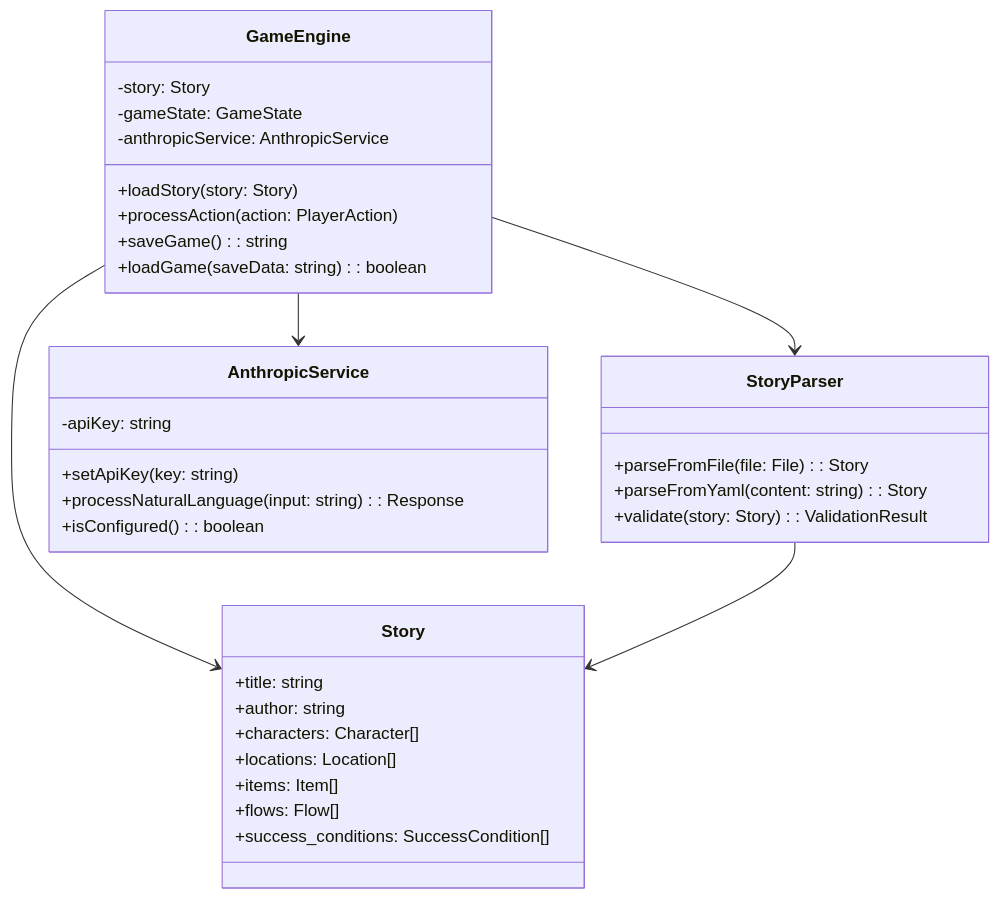
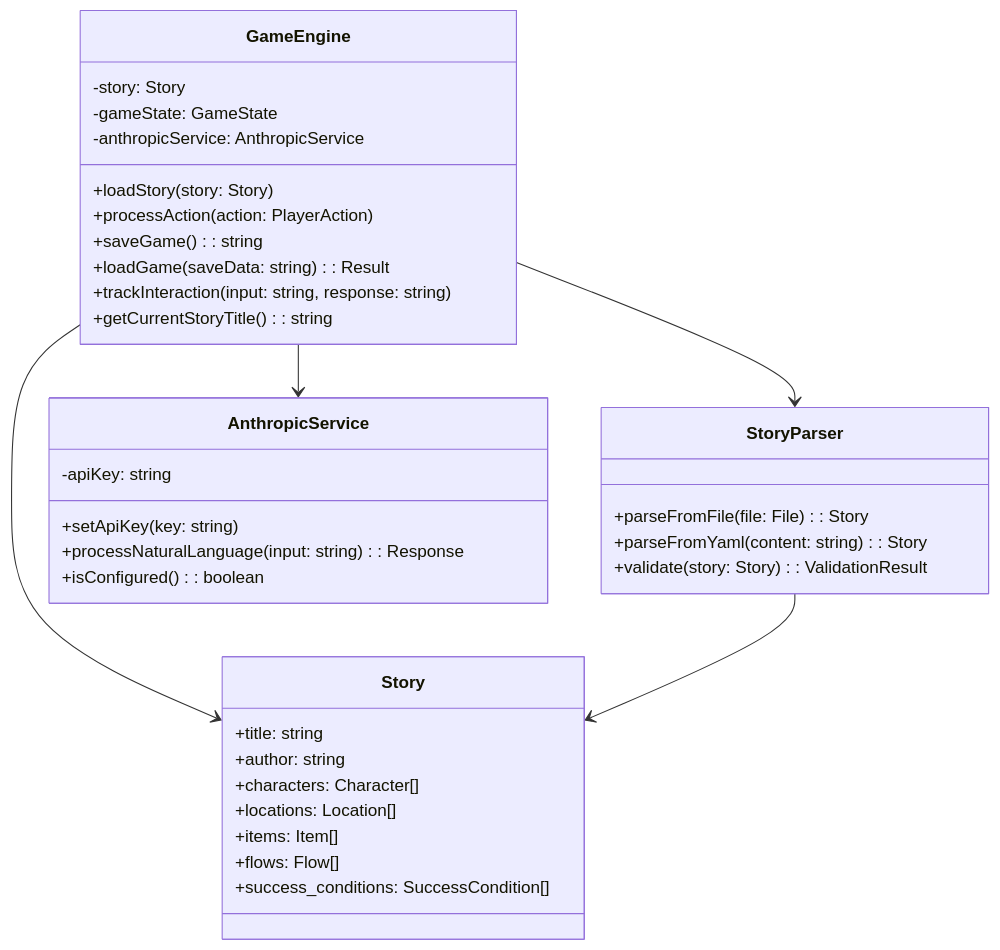
The third of 12 diagrams in docs/architecture.md (indraastra/iffy), drawn with Mermaid before and after one commit. The commit also changed other lines of this file and 6 other files, not shown here.

````diff
--- a/docs/architecture.md
+++ b/docs/architecture.md
@@ -127,40 +145,42 @@
 ```mermaid
 classDiagram
     class GameEngine {
         -story: Story
         -gameState: GameState
         -anthropicService: AnthropicService
         +loadStory(story: Story)
         +processAction(action: PlayerAction)
         +saveGame(): string
-        +loadGame(saveData: string): boolean
+        +loadGame(saveData: string): Result
+        +trackInteraction(input: string, response: string)
+        +getCurrentStoryTitle(): string
     }
     
     class StoryParser {
         +parseFromFile(file: File): Story
         +parseFromYaml(content: string): Story
         +validate(story: Story): ValidationResult
     }
     
     class AnthropicService {
         -apiKey: string
         +setApiKey(key: string)
         +processNaturalLanguage(input: string): Response
         +isConfigured(): boolean
     }
     
     class Story {
         +title: string
         +author: string
         +characters: Character[]
         +locations: Location[]
         +items: Item[]
         +flows: Flow[]
         +success_conditions: SuccessCondition[]
     }
     
     GameEngine --> StoryParser
     GameEngine --> AnthropicService
     GameEngine --> Story
     StoryParser --> Story
 ```
````
